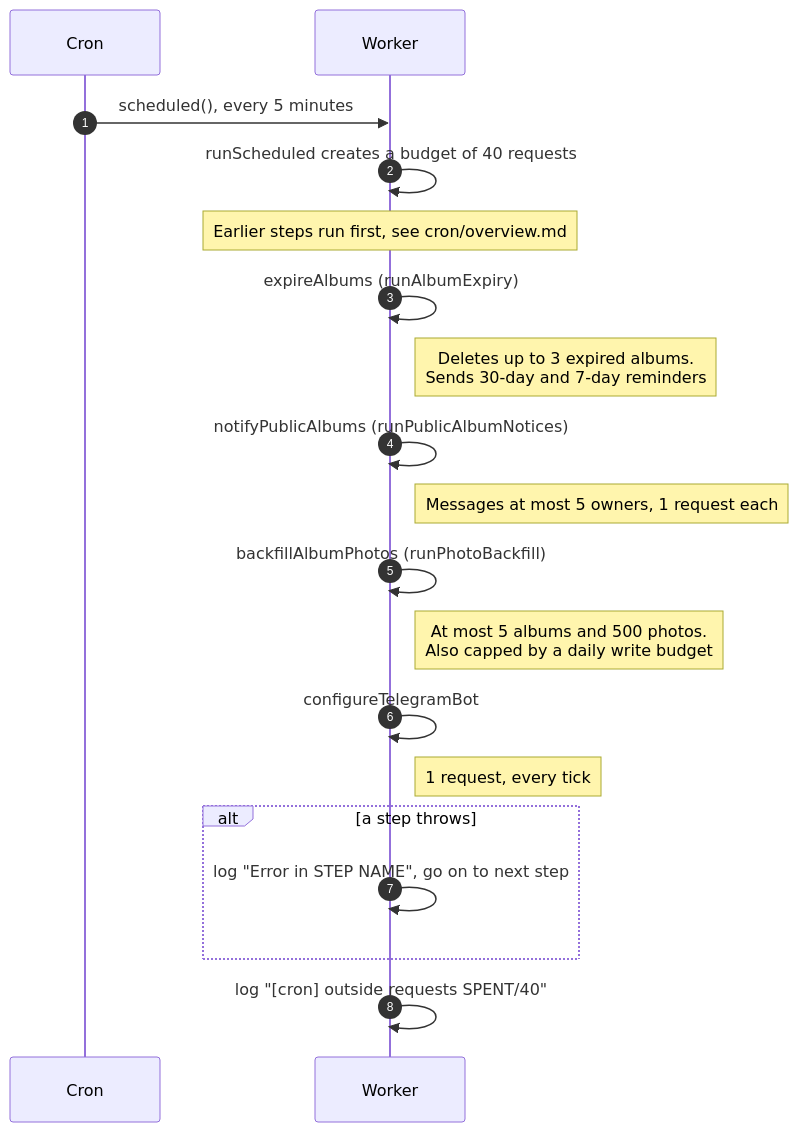
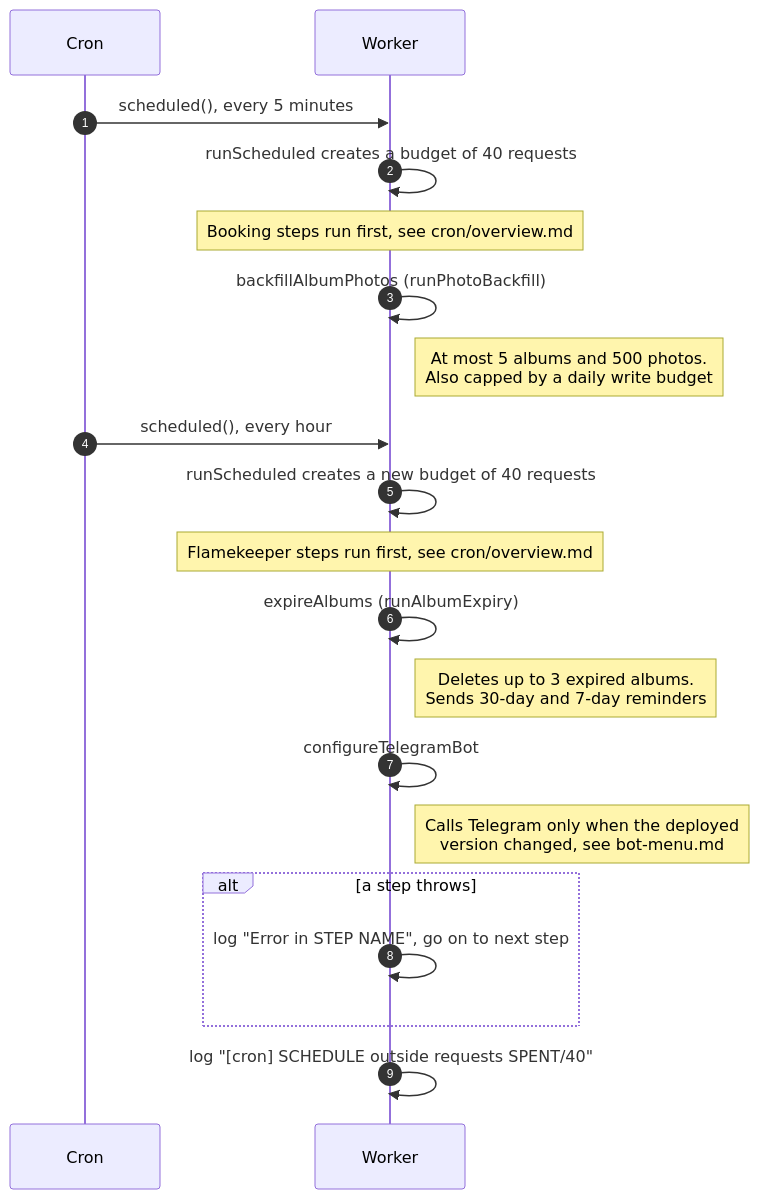
The diagram in docs/scenarios/cron/albums-and-housekeeping/run-order.md (sagyzdop/meriksirat), drawn with Mermaid before and after one commit. The commit also changed other lines of this file and 31 other files, not shown here.

First line of the commit message:
feat(cron): split into 5-minute, hourly and daily triggers

````diff
--- a/docs/scenarios/cron/albums-and-housekeeping/run-order.md
+++ b/docs/scenarios/cron/albums-and-housekeeping/run-order.md
@@ -28,21 +32,22 @@
 ```mermaid
 sequenceDiagram
     autonumber
     participant Cron
     participant Worker
     Cron->>Worker: scheduled(), every 5 minutes
     Worker->>Worker: runScheduled creates a budget of 40 requests
-    Note over Worker: Earlier steps run first, see cron/overview.md
+    Note over Worker: Booking steps run first, see cron/overview.md
+    Worker->>Worker: backfillAlbumPhotos (runPhotoBackfill)
+    Note right of Worker: At most 5 albums and 500 photos.<br/>Also capped by a daily write budget
+    Cron->>Worker: scheduled(), every hour
+    Worker->>Worker: runScheduled creates a new budget of 40 requests
+    Note over Worker: Flamekeeper steps run first, see cron/overview.md
     Worker->>Worker: expireAlbums (runAlbumExpiry)
     Note right of Worker: Deletes up to 3 expired albums.<br/>Sends 30-day and 7-day reminders
-    Worker->>Worker: notifyPublicAlbums (runPublicAlbumNotices)
-    Note right of Worker: Messages at most 5 owners, 1 request each
-    Worker->>Worker: backfillAlbumPhotos (runPhotoBackfill)
-    Note right of Worker: At most 5 albums and 500 photos.<br/>Also capped by a daily write budget
     Worker->>Worker: configureTelegramBot
-    Note right of Worker: 1 request, every tick
+    Note right of Worker: Calls Telegram only when the deployed<br/>version changed, see bot-menu.md
     alt a step throws
         Worker->>Worker: log "Error in STEP NAME", go on to next step
     end
-    Worker->>Worker: log "[cron] outside requests SPENT/40"
+    Worker->>Worker: log "[cron] SCHEDULE outside requests SPENT/40"
 ```
````
